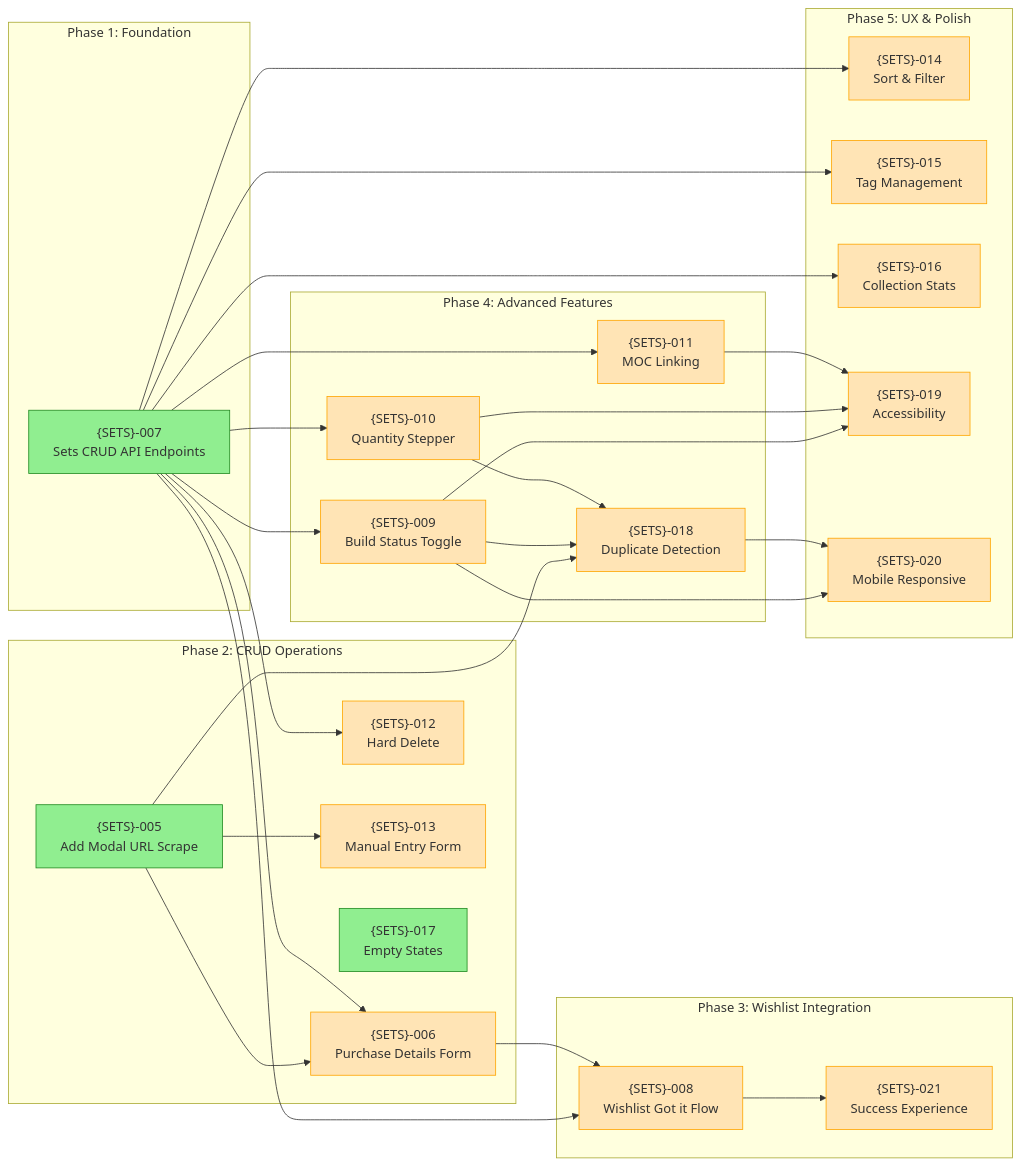
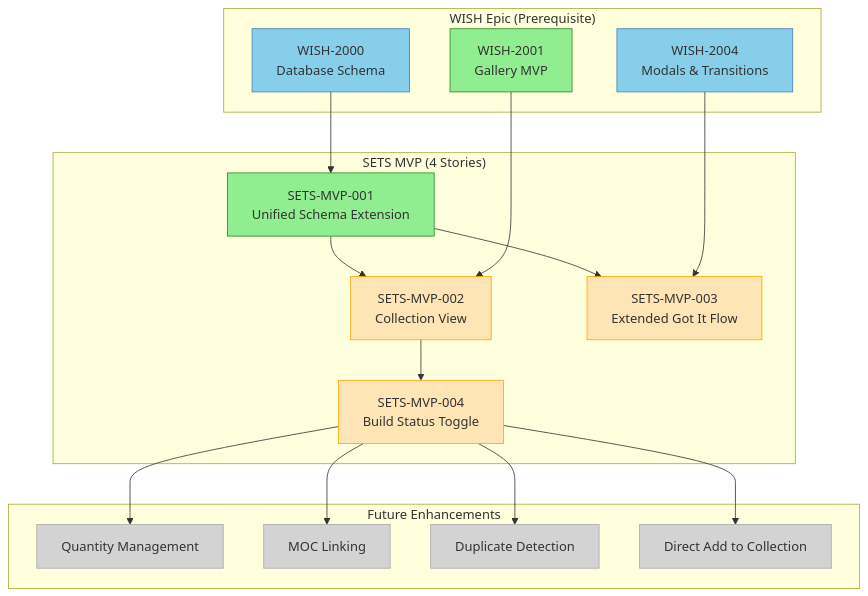
The first of 2 diagrams in plans/future/sets/roadmap.md (michael-menard/monorepo), drawn with Mermaid before and after one commit. The commit also changed other lines of this file and 368 other files, not shown here.

````diff
--- a/plans/future/sets/roadmap.md
+++ b/plans/future/sets/roadmap.md
@@ -20,66 +24,48 @@
 ```mermaid
-flowchart LR
-    subgraph Phase1["Phase 1: Foundation"]
-        S007["{SETS}-007<br/>Sets CRUD API Endpoints"]
+flowchart TD
+    subgraph WISH["WISH Epic (Prerequisite)"]
+        W2000["WISH-2000<br/>Database Schema"]
+        W2001["WISH-2001<br/>Gallery MVP"]
+        W2004["WISH-2004<br/>Modals & Transitions"]
     end
 
-    subgraph Phase2["Phase 2: CRUD Operations"]
-        S005["{SETS}-005<br/>Add Modal URL Scrape"]
-        S006["{SETS}-006<br/>Purchase Details Form"]
-        S012["{SETS}-012<br/>Hard Delete"]
-        S013["{SETS}-013<br/>Manual Entry Form"]
-        S017["{SETS}-017<br/>Empty States"]
+    subgraph MVP["SETS MVP (4 Stories)"]
+        S001["SETS-MVP-001<br/>Unified Schema Extension"]
+        S002["SETS-MVP-002<br/>Collection View"]
+        S003["SETS-MVP-003<br/>Extended Got It Flow"]
+        S004["SETS-MVP-004<br/>Build Status Toggle"]
     end
 
-    subgraph Phase3["Phase 3: Wishlist Integration"]
-        S008["{SETS}-008<br/>Wishlist Got it Flow"]
-        S021["{SETS}-021<br/>Success Experience"]
-    end
-
-    subgraph Phase4["Phase 4: Advanced Features"]
-        S009["{SETS}-009<br/>Build Status Toggle"]
-        S010["{SETS}-010<br/>Quantity Stepper"]
-        S011["{SETS}-011<br/>MOC Linking"]
-        S018["{SETS}-018<br/>Duplicate Detection"]
-    end
-
-    subgraph Phase5["Phase 5: UX & Polish"]
-        S014["{SETS}-014<br/>Sort & Filter"]
-        S015["{SETS}-015<br/>Tag Management"]
-        S016["{SETS}-016<br/>Collection Stats"]
-        S019["{SETS}-019<br/>Accessibility"]
-        S020["{SETS}-020<br/>Mobile Responsive"]
+    subgraph Future["Future Enhancements"]
+        F001["Quantity Management"]
+        F002["MOC Linking"]
+        F003["Duplicate Detection"]
+        F004["Direct Add to Collection"]
     end
 
     %% Dependencies
-    S005 --> S006
-    S005 --> S013
-    S005 --> S018
-    S007 --> S006
-    S007 --> S008
-    S007 --> S009
-    S007 --> S010
-    S007 --> S011
-    S007 --> S012
-    S007 --> S014
-    S007 --> S015
-    S007 --> S016
-    S006 --> S008
-    S008 --> S021
-    S009 --> S018
-    S009 --> S019
-    S009 --> S020
-    S010 --> S018
-    S010 --> S019
-    S011 --> S019
-    S018 --> S020
+    W2000 --> S001
+    S001 --> S002
+    S001 --> S003
+    W2001 --> S002
+    W2004 --> S003
+    S002 --> S004
+
+    %% Future dependencies
+    S004 --> F001
+    S004 --> F002
+    S004 --> F003
+    S004 --> F004
 
     %% Styling
+    classDef done fill:#87CEEB,stroke:#4682B4
     classDef ready fill:#90EE90,stroke:#228B22
     classDef blocked fill:#FFE4B5,stroke:#FFA500
-    classDef done fill:#87CEEB,stroke:#4682B4
+    classDef future fill:#D3D3D3,stroke:#A9A9A9
 
-    class S005,S007,S017 ready
-    class S006,S009,S010,S011,S012,S013,S014,S015,S016,S018,S019,S020 blocked
-    class S008,S021 blocked
+    class W2000,W2004 done
+    class W2001 ready
+    class S001 ready
+    class S002,S003,S004 blocked
+    class F001,F002,F003,F004 future
 ```
````
